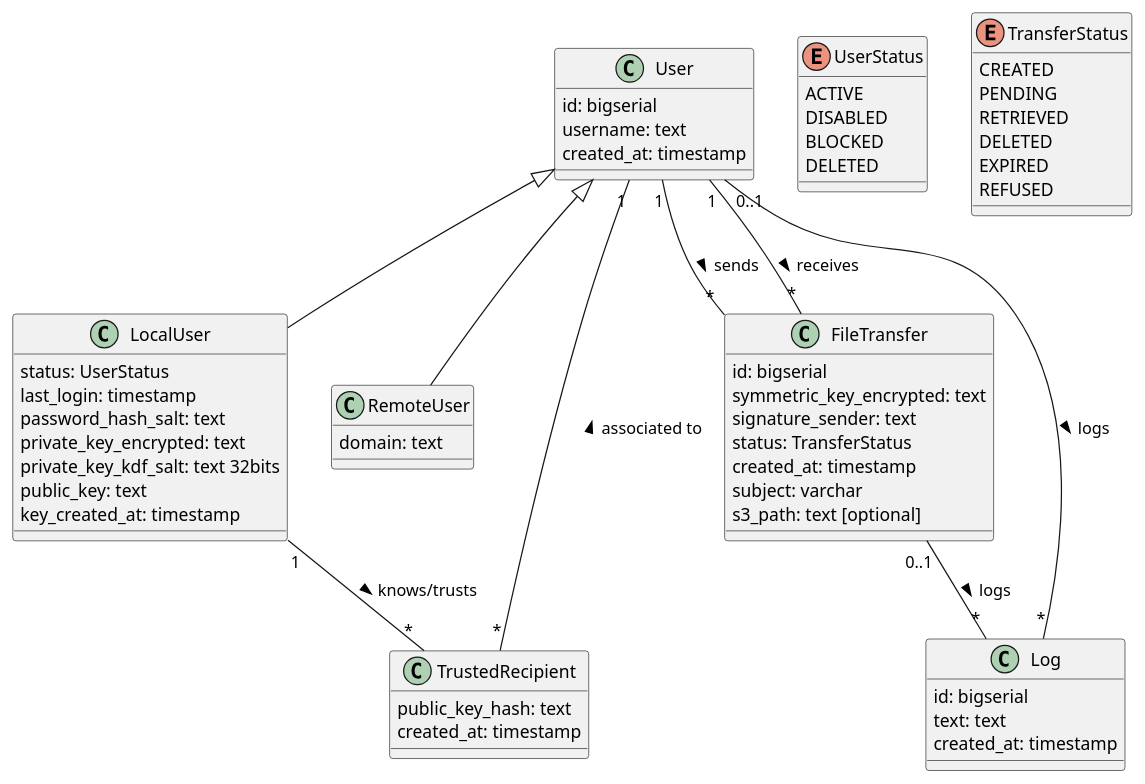
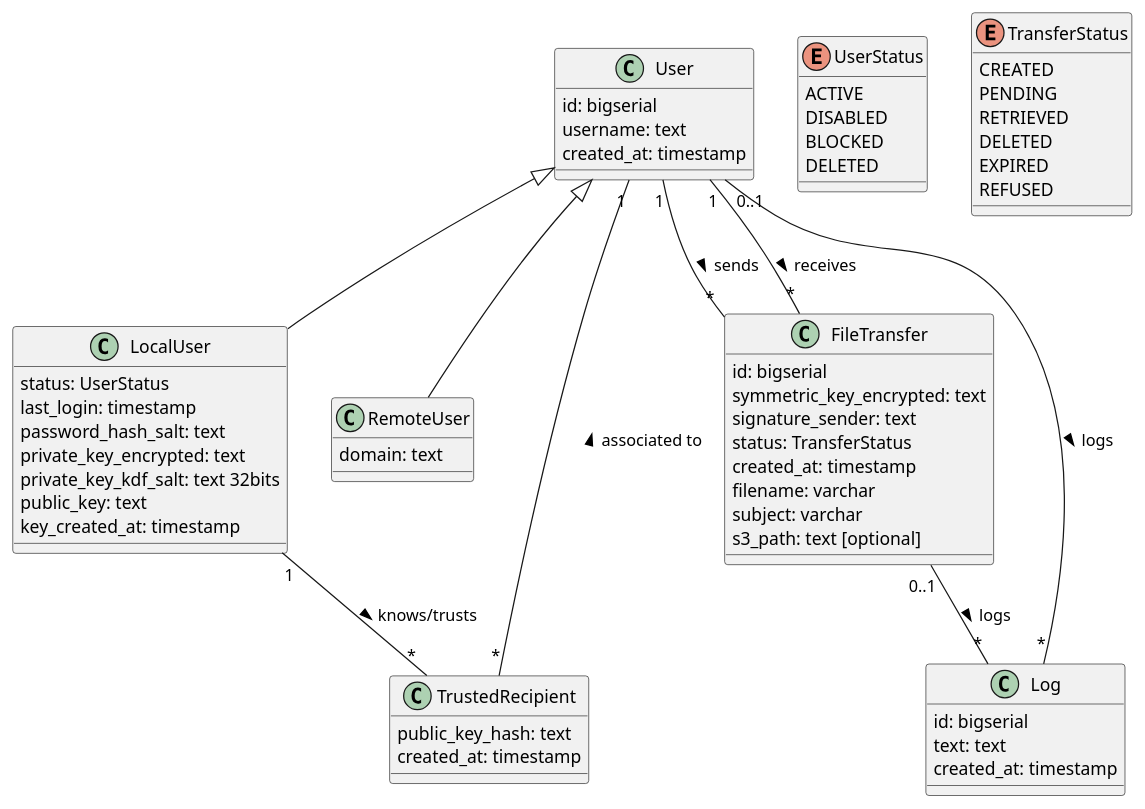
One commit to BananaTransfer/BananaTransfer changed the diagram in documents/umls/database_schema.puml. Above: the diagram before and after it, drawn with PlantUML.

Commit message:
adding filename in database schema

```diff
--- a/documents/umls/database_schema.puml
+++ b/documents/umls/database_schema.puml
@@ -1,72 +1,73 @@
 @startuml
 
 enum UserStatus {
     ACTIVE
     DISABLED
     BLOCKED
     DELETED
 }
 
 enum TransferStatus {
     CREATED
     PENDING
     RETRIEVED
     DELETED
     EXPIRED
     REFUSED
 }
 
 class User {
     id: bigserial
     username: text
     created_at: timestamp
 }
 
 class LocalUser {
     status: UserStatus
     last_login: timestamp
     password_hash_salt: text
     private_key_encrypted: text
     private_key_kdf_salt: text 32bits
     public_key: text
     key_created_at: timestamp
 }
 
 class RemoteUser {
     domain: text
 }
 
 class FileTransfer {
     id: bigserial
     symmetric_key_encrypted: text
     signature_sender: text
     status: TransferStatus
     created_at: timestamp
+    filename: varchar
     subject: varchar
     s3_path: text [optional]
 }
 
 class TrustedRecipient {
     public_key_hash: text
     created_at: timestamp
 }
 
 class Log {
     id: bigserial
     text: text
     created_at: timestamp
 }
 
 LocalUser -up-|> User
 RemoteUser -up-|> User
 
 User "1" -- "*" FileTransfer: sends >
 User "1" -- "*" FileTransfer: receives >
 
 LocalUser "1" -- "*" TrustedRecipient: knows/trusts >
 TrustedRecipient "*" -- "1" User: associated to >
 
 User "0..1" -- "*" Log: logs >
 FileTransfer "0..1" -- "*" Log: logs >
 
 @enduml
```
